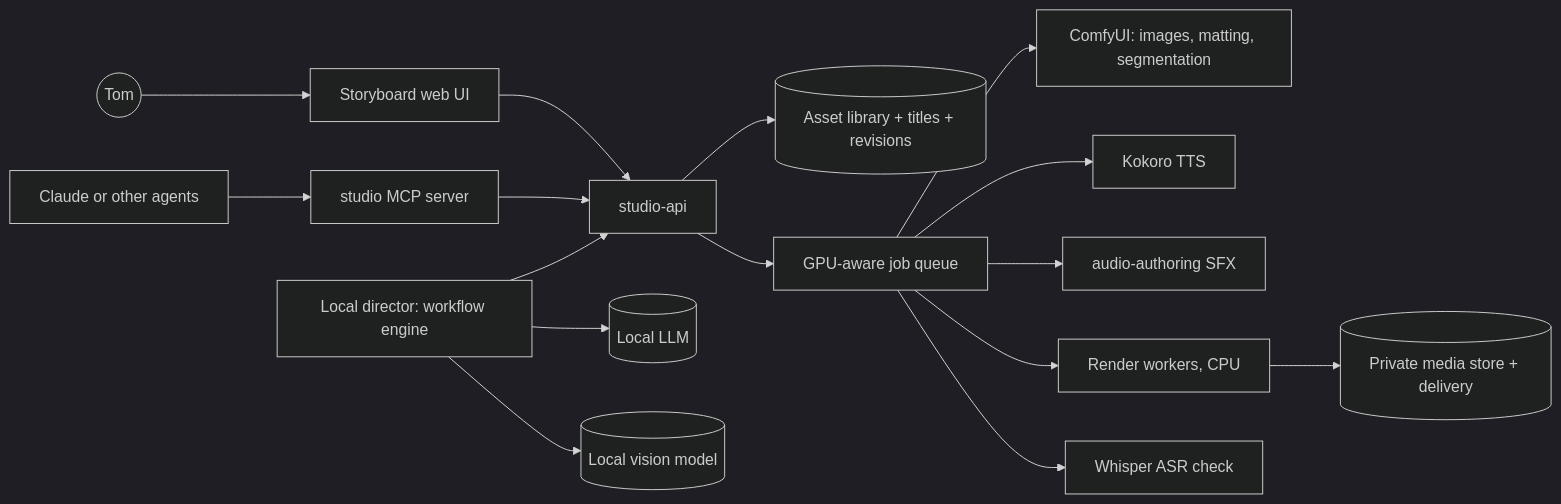
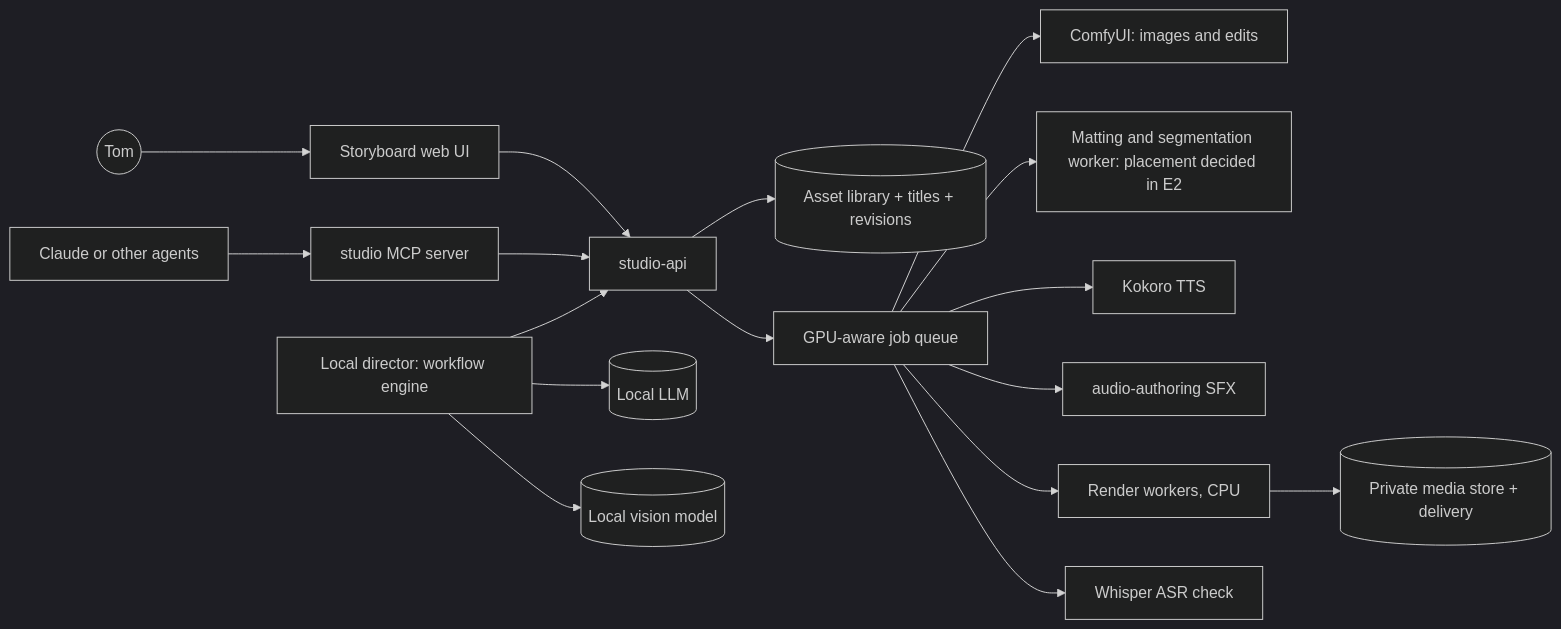
One commit to thaynes43/haynes-studio changed the diagram in docs/proposals/0002-agentic-studio.md. Above: the diagram before and after it, drawn with Mermaid (dark theme).

Commit message:
docs: split matting out of ComfyUI in the architecture diagram
Claude-Session: https://claude.ai/code/session_016yhQPJeyoaZVdrF2Qf7r3X

````diff
--- a/docs/proposals/0002-agentic-studio.md
+++ b/docs/proposals/0002-agentic-studio.md
@@ -48,18 +48,19 @@
 ```mermaid
 flowchart LR
   Tom((Tom)) --> UI[Storyboard web UI]
   UI --> API[studio-api]
   Agents[Claude or other agents] --> MCP[studio MCP server]
   MCP --> API
   Director[Local director: workflow engine] --> API
   Director --> LLM[(Local LLM)]
   Director --> VLM[(Local vision model)]
   API --> Lib[(Asset library + titles + revisions)]
   API --> Q[GPU-aware job queue]
-  Q --> Comfy[ComfyUI: images, matting, segmentation]
+  Q --> Comfy[ComfyUI: images and edits]
+  Q --> Matte[Matting and segmentation worker: placement decided in E2]
   Q --> Kokoro[Kokoro TTS]
   Q --> SFX[audio-authoring SFX]
   Q --> Render[Render workers, CPU]
   Q --> ASR[Whisper ASR check]
   Render --> Store[(Private media store + delivery)]
 ```
````
